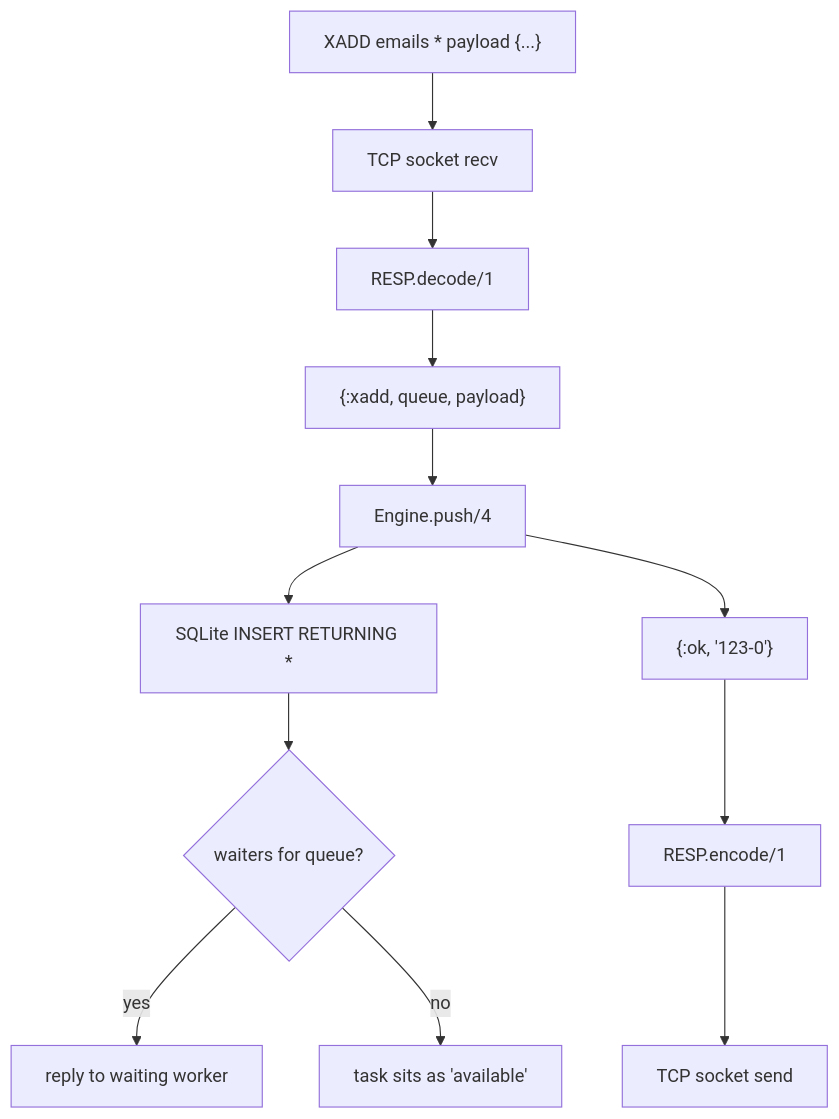
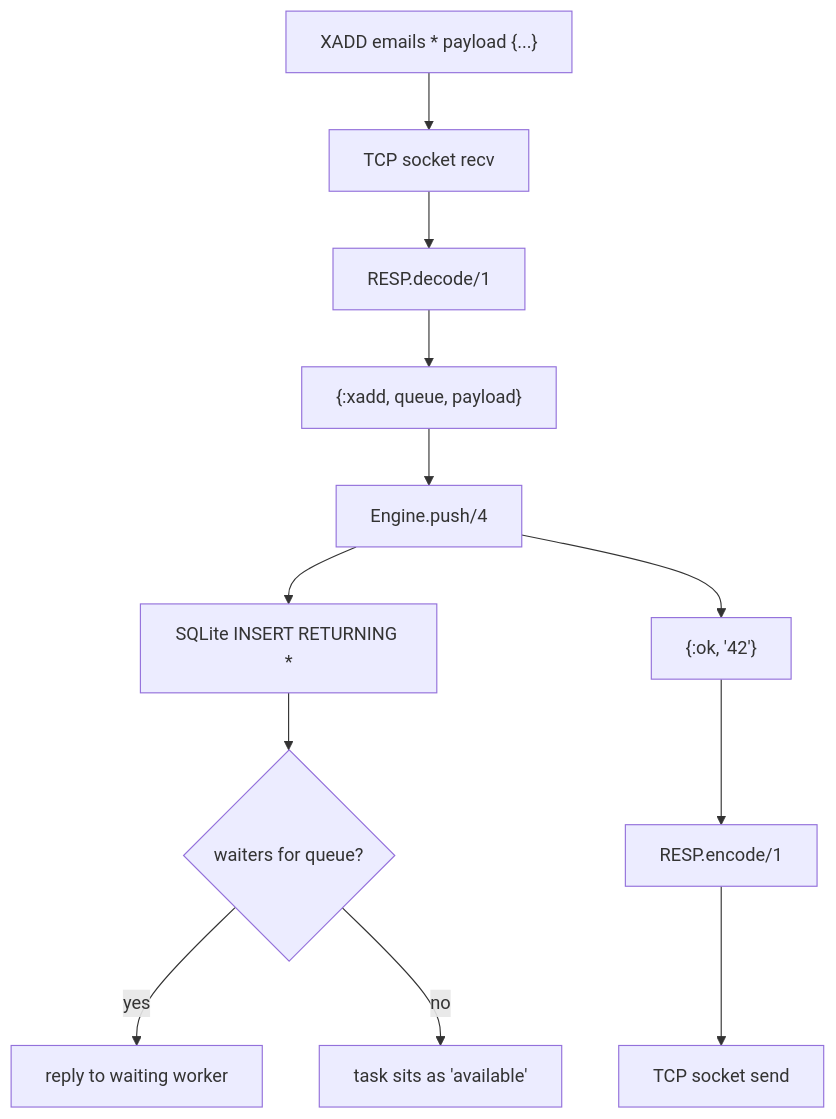
One commit to entGriff/ezra changed the fourth of 6 diagrams in docs/architecture.md. Above: the diagram before and after it, drawn with Mermaid. The commit also changed 2 other files, not shown here.

Commit message:
when connection was gone, mark `in_flight` tasks `available`; update docs a bit

````diff
--- a/docs/architecture.md
+++ b/docs/architecture.md
@@ -98,14 +98,14 @@
 ```mermaid
 flowchart TD
     A["XADD emails * payload {...}"] --> B[TCP socket recv]
     B --> C["RESP.decode/1"]
     C --> D["{:xadd, queue, payload}"]
     D --> E["Engine.push/4"]
     E --> F["SQLite INSERT RETURNING *"]
     F --> G{"waiters for queue?"}
     G -- yes --> H["reply to waiting worker"]
     G -- no --> I["task sits as 'available'"]
-    E --> J["{:ok, '123-0'}"]
+    E --> J["{:ok, '42'}"]
     J --> K["RESP.encode/1"]
     K --> L[TCP socket send]
 ```
````
